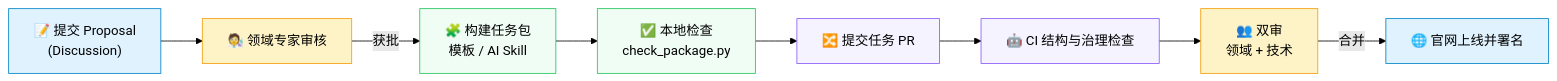
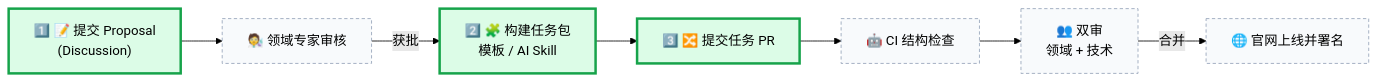
Before and after one commit to PrismaX-Team/LiveDiscoveryBench-Tasks: the diagram in README.md, drawn with Mermaid (forest theme). The commit also changed other lines of this file and 1 other file, not shown here.

Commit message:
docs: simplify README flowchart, mark contributor steps

````diff
--- a/README.md
+++ b/README.md
@@ -47,19 +47,17 @@
 ```mermaid
 flowchart LR
-    A["📝 提交 Proposal<br/>(Discussion)"] --> B["🧑‍🔬 领域专家审核"]
-    B -->|获批| C["🧩 构建任务包<br/>模板 / AI Skill"]
-    C --> D["✅ 本地检查<br/>check_package.py"]
-    D --> E["🔀 提交任务 PR"]
-    E --> F["🤖 CI 结构与治理检查"]
+    A["1️⃣ 📝 提交 Proposal<br/>(Discussion)"] --> B["🧑‍🔬 领域专家审核"]
+    B -->|获批| C["2️⃣ 🧩 构建任务包<br/>模板 / AI Skill"]
+    C --> E["3️⃣ 🔀 提交任务 PR"]
+    E --> F["🤖 CI 结构检查"]
     F --> G["👥 双审<br/>领域 + 技术"]
     G -->|合并| H["🌐 官网上线并署名"]
 
-    style A fill:#e0f2fe,stroke:#0284c7
-    style B fill:#fef3c7,stroke:#f59e0b
-    style C fill:#f0fdf4,stroke:#22c55e
-    style D fill:#f0fdf4,stroke:#22c55e
-    style E fill:#f5f3ff,stroke:#8b5cf6
-    style F fill:#f5f3ff,stroke:#8b5cf6
-    style G fill:#fef3c7,stroke:#f59e0b
-    style H fill:#e0f2fe,stroke:#0284c7
+    style A fill:#dcfce7,stroke:#16a34a,stroke-width:3px
+    style C fill:#dcfce7,stroke:#16a34a,stroke-width:3px
+    style E fill:#dcfce7,stroke:#16a34a,stroke-width:3px
+    style B fill:#f8fafc,stroke:#94a3b8,stroke-dasharray:4 3
+    style F fill:#f8fafc,stroke:#94a3b8,stroke-dasharray:4 3
+    style G fill:#f8fafc,stroke:#94a3b8,stroke-dasharray:4 3
+    style H fill:#f8fafc,stroke:#94a3b8,stroke-dasharray:4 3
 ```
````
